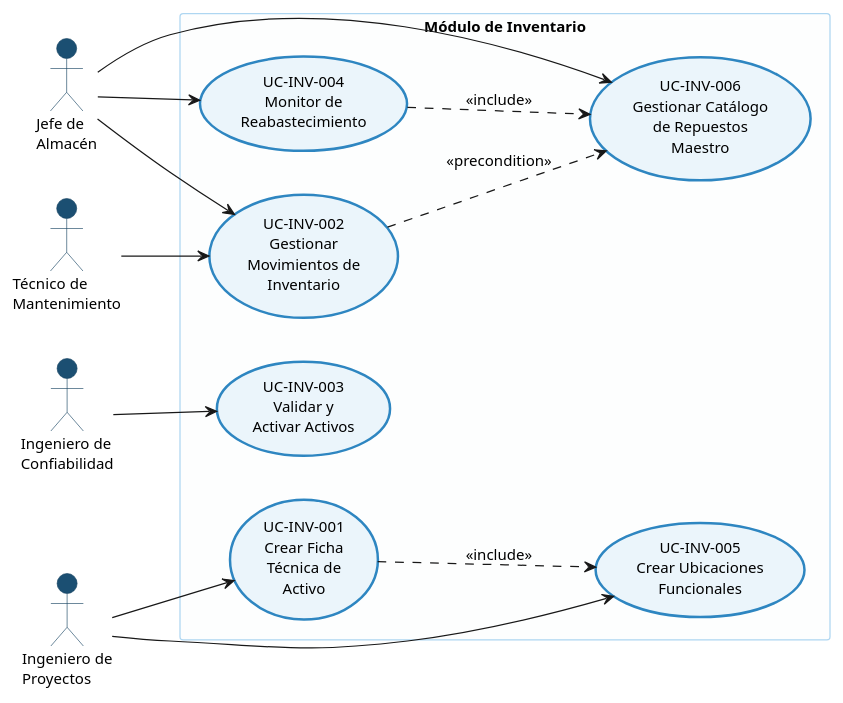
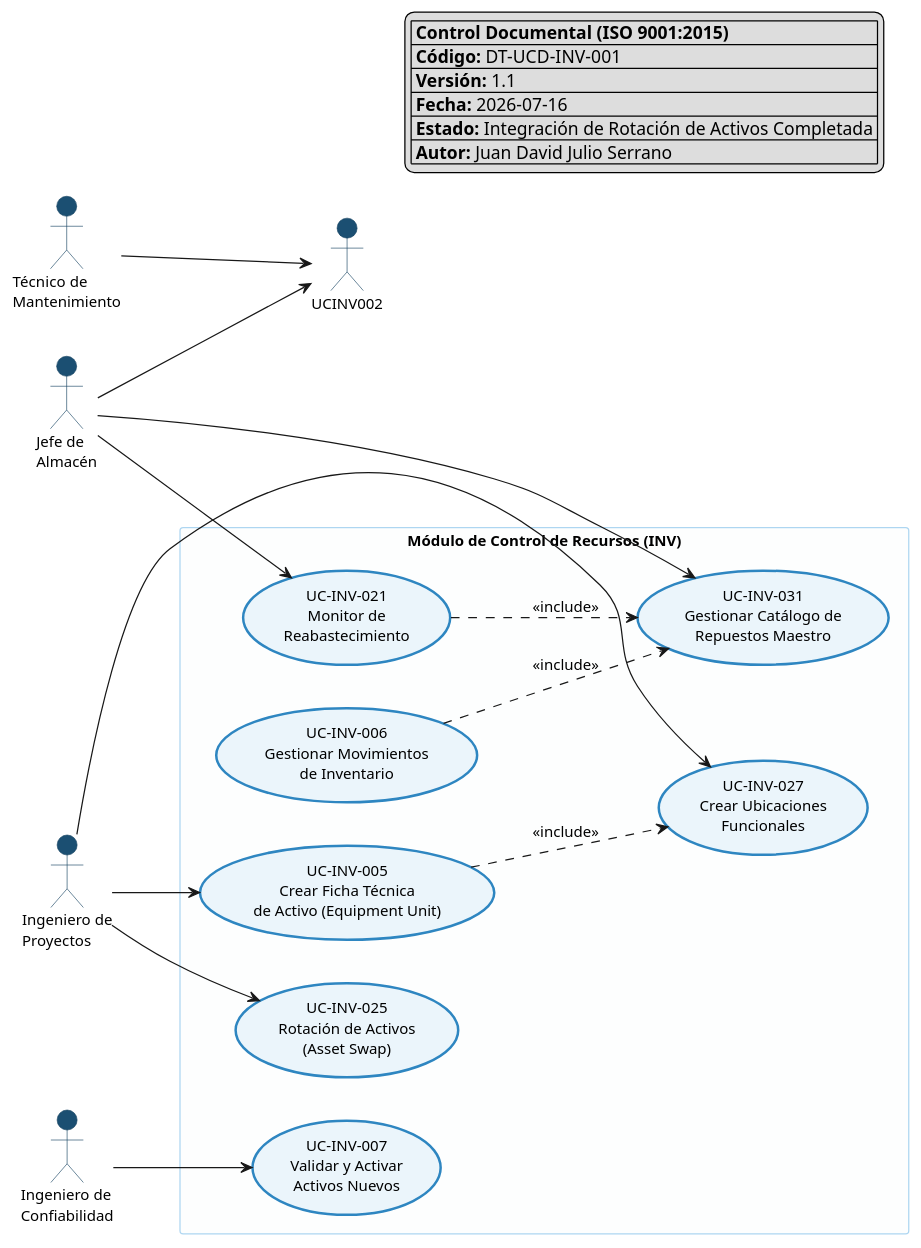
Before and after one commit to Novav20/adso-dteam-docs: the diagram in domain-models/use-cases/inv-use-cases.puml, drawn with PlantUML. The commit also changed 4 other files, not shown here.

First line of the commit message:
docs(use-cases): consolidate use case diagrams and ISO traceability index

```diff
--- a/domain-models/use-cases/inv-use-cases.puml
+++ b/domain-models/use-cases/inv-use-cases.puml
@@ -1,63 +1,73 @@
 @startuml INV-UseCases
 skinparam packageStyle rectangle
 left to right direction
 
-' Configuración de colores profesionales
+' --- CONFIGURACIÓN VISUAL ---
 skinparam usecase {
   BackgroundColor #EBF5FB
   BorderColor #2E86C1
   BorderThickness 2
   FontName Segoe UI
   FontSize 12
 }
-
 skinparam actor {
   BackgroundColor #1B4F72
   BorderColor #154360
   FontName Segoe UI
   FontSize 11
 }
-
 skinparam package {
   BackgroundColor #FDFEFE
   BorderColor #AED6F1
   FontName Segoe UI
   FontSize 13
   FontStyle bold
 }
-
 skinparam defaultFontName "Segoe UI"
 skinparam defaultFontSize 12
 
-' Actores
+legend top right
+|= Control Documental (ISO 9001:2015) |
+| **Código:** DT-UCD-INV-001 |
+| **Versión:** 1.1 |
+| **Fecha:** 2026-07-16 |
+| **Estado:** Integración de Rotación de Activos Completada |
+| **Autor:** Juan David Julio Serrano |
+endlegend
+
+' --- ACTORES ---
 actor "Jefe de\nAlmacén" as JefeAlmacen #1B4F72
 actor "Ingeniero de\nProyectos" as IngenieroProyectos #1B4F72
 actor "Ingeniero de\nConfiabilidad" as IngenieroConfiabilidad #1B4F72
 actor "Técnico de\nMantenimiento" as Tecnico #1B4F72
 
-' Paquete principal
-package "Módulo de Inventario" {
+' --- PAQUETE PRINCIPAL ---
+package "Módulo de Control de Recursos (INV)" {
 
-  usecase "UC-INV-001\nCrear Ficha\nTécnica de\nActivo" as UCINV001 #EBF5FB
-  usecase "UC-INV-002\nGestionar\nMovimientos de\nInventario" as UCINV002 #EBF5FB
-  usecase "UC-INV-003\nValidar y\nActivar Activos" as UCINV003 #EBF5FB
-  usecase "UC-INV-004\nMonitor de\nReabastecimiento" as UCINV004 #EBF5FB
-  usecase "UC-INV-005\nCrear Ubicaciones\nFuncionales" as UCINV005 #EBF5FB
-  usecase "UC-INV-006\nGestionar Catálogo\nde Repuestos\nMaestro" as UCINV006 #EBF5FB
+  usecase "UC-INV-005\nCrear Ficha Técnica\nde Activo (Equipment Unit)" as UCINV005 #EBF5FB
+  usecase "UC-INV-006\nGestionar Movimientos\nde Inventario" as UCINV006 #EBF5FB
+  usecase "UC-INV-007\nValidar y Activar\nActivos Nuevos" as UCINV007 #EBF5FB
+  usecase "UC-INV-021\nMonitor de\nReabastecimiento" as UCINV021 #EBF5FB
+  usecase "UC-INV-025\nRotación de Activos\n(Asset Swap)" as UCINV025 #EBF5FB
+  usecase "UC-INV-027\nCrear Ubicaciones\nFuncionales" as UCINV027 #EBF5FB
+  usecase "UC-INV-031\nGestionar Catálogo de\nRepuestos Maestro" as UCINV031 #EBF5FB
 }
 
-' Relaciones Actor-Caso de Uso
-IngenieroProyectos --> UCINV001
+' --- RELACIONES ACTOR - CASO DE USO ---
+IngenieroProyectos --> UCINV005
+IngenieroProyectos --> UCINV027
+IngenieroProyectos --> UCINV025
+
 JefeAlmacen --> UCINV002
-IngenieroConfiabilidad --> UCINV003
-JefeAlmacen --> UCINV004
-IngenieroProyectos --> UCINV005
-JefeAlmacen --> UCINV006
+JefeAlmacen --> UCINV021
+JefeAlmacen --> UCINV031
+
+IngenieroConfiabilidad --> UCINV007
 Tecnico --> UCINV002
 
-' Relaciones entre Casos de Uso
-UCINV001 ..> UCINV005 : <<include>>
-UCINV002 ..> UCINV006 : <<precondition>>
-UCINV004 ..> UCINV006 : <<include>>
+' --- RELACIONES INTER-CASOS DE USO (Include/Extend) ---
+UCINV005 ..> UCINV027 : <<include>>
+UCINV006 ..> UCINV031 : <<include>>
+UCINV021 ..> UCINV031 : <<include>>
 
 @enduml
```
